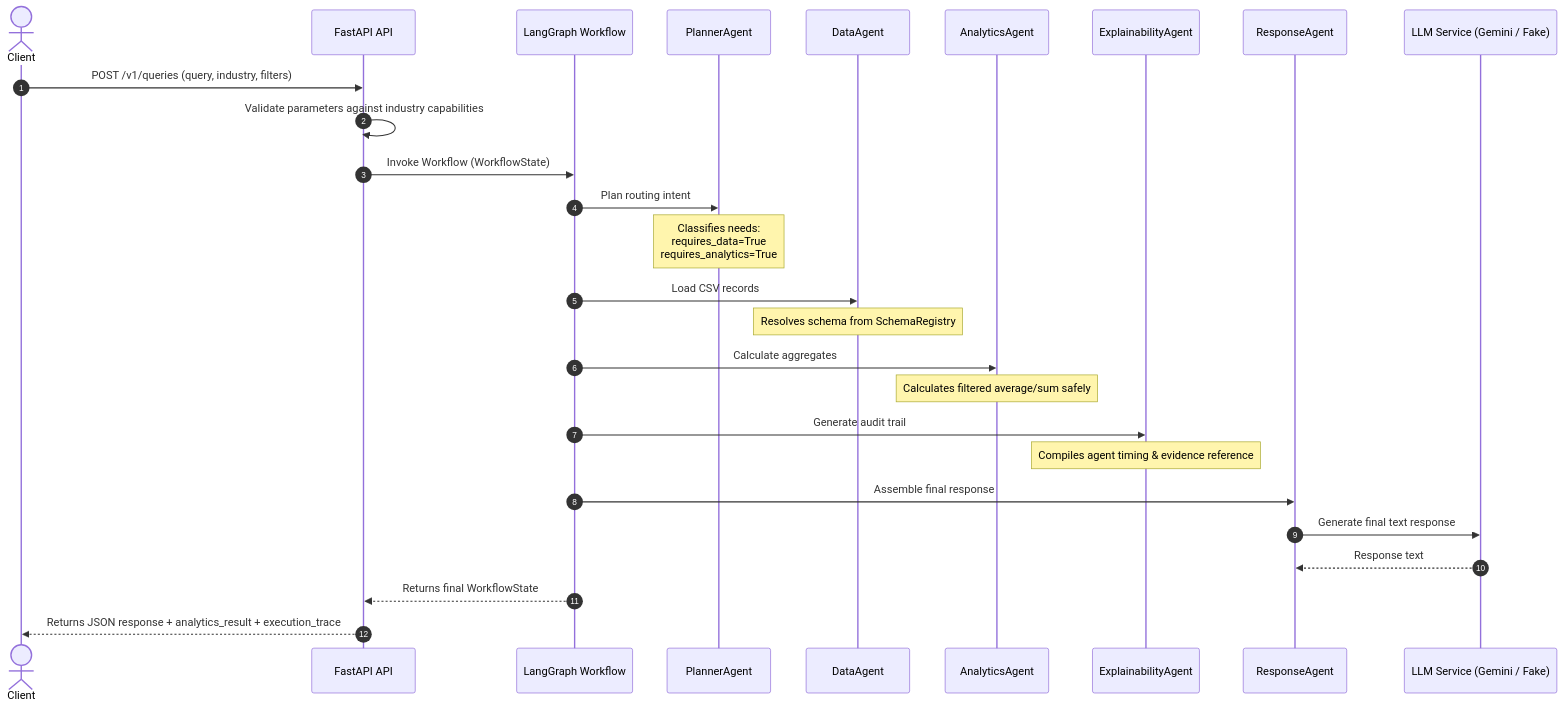
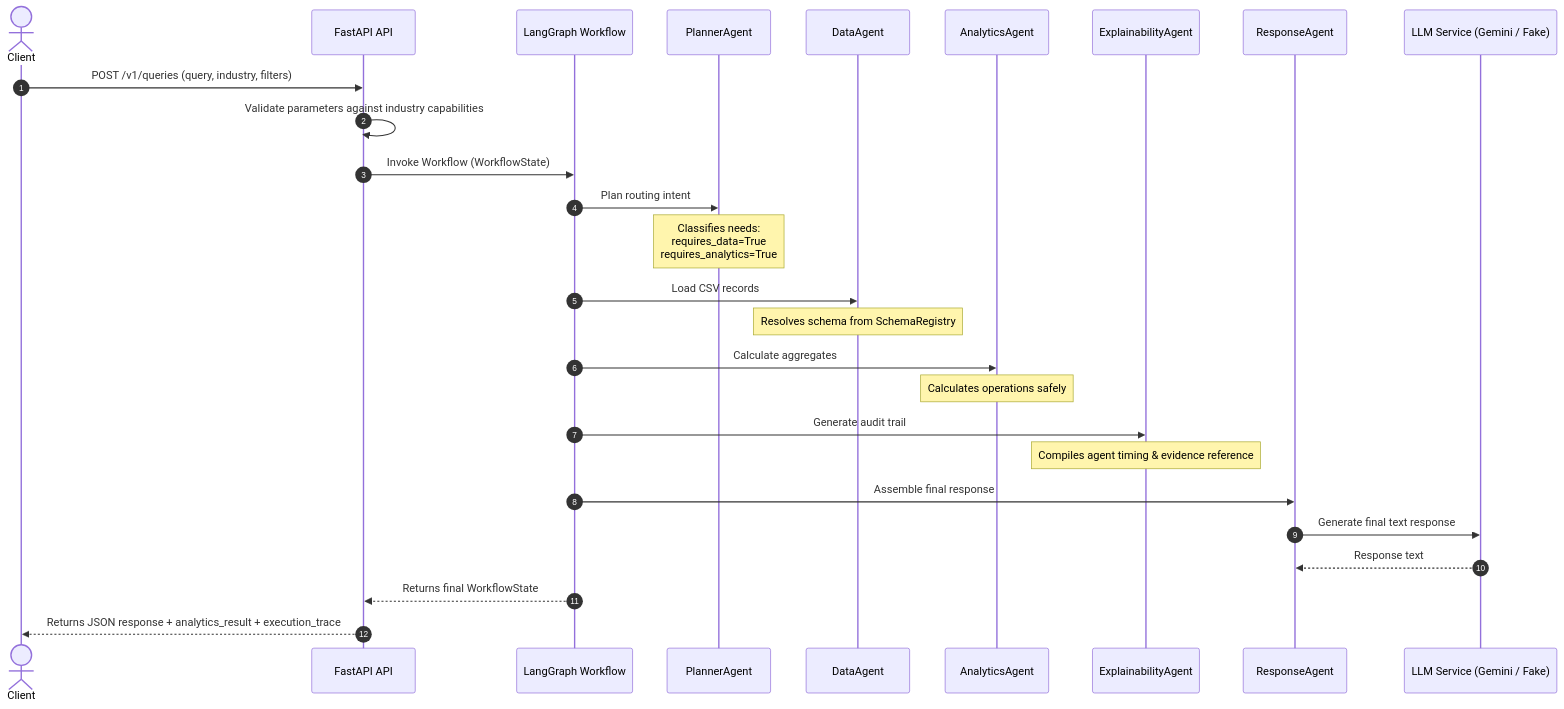
One commit to Starmann1/uaxAI changed the second of 2 diagrams in docs/ARCHITECTURE.md. Above: the diagram before and after it, drawn with Mermaid.

Commit message:
docs: add architectural documentation and system design diagrams for the UAXAI platform

````diff
--- a/docs/ARCHITECTURE.md
+++ b/docs/ARCHITECTURE.md
@@ -43,30 +43,30 @@
 ```mermaid
 sequenceDiagram
     autonumber
     actor Client
     participant API as FastAPI API
     participant Graph as LangGraph Workflow
     participant Planner as PlannerAgent
     participant Data as DataAgent
     participant Analytics as AnalyticsAgent
     participant Explain as ExplainabilityAgent
     participant Response as ResponseAgent
     participant LLM as LLM Service (Gemini / Fake)
 
     Client->>API: POST /v1/queries (query, industry, filters)
     API->>API: Validate parameters against industry capabilities
     API->>Graph: Invoke Workflow (WorkflowState)
     Graph->>Planner: Plan routing intent
     Note over Planner: Classifies needs:<br/>requires_data=True<br/>requires_analytics=True
     Graph->>Data: Load CSV records
     Note over Data: Resolves schema from SchemaRegistry
     Graph->>Analytics: Calculate aggregates
-    Note over Analytics: Calculates filtered average/sum safely
+    Note over Analytics: Calculates operations safely
     Graph->>Explain: Generate audit trail
     Note over Explain: Compiles agent timing & evidence reference
     Graph->>Response: Assemble final response
     Response->>LLM: Generate final text response
     LLM-->>Response: Response text
     Graph-->>API: Returns final WorkflowState
     API-->>Client: Returns JSON response + analytics_result + execution_trace
 ```
````
